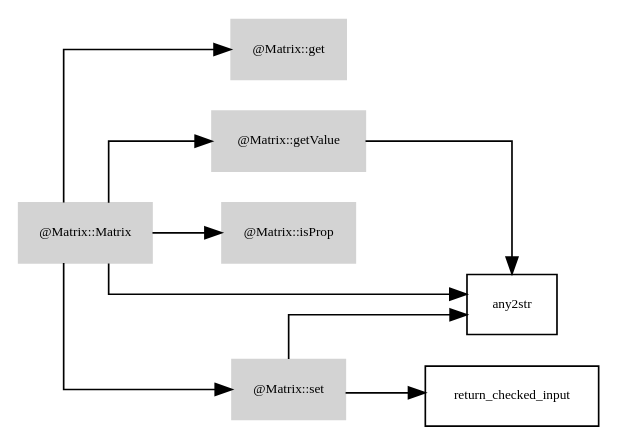
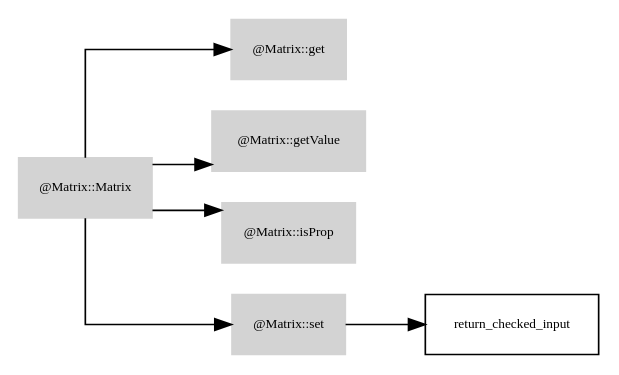
One commit to octarisk/documentation changed the diagram in graphviz_files/Matrix.dot. Above: the diagram before and after it, drawn with Graphviz. The commit also changed 50 other files, not shown here.

Commit message:
* introduction of graphviz files for all classes and class function dependencies

```diff
--- a/graphviz_files/Matrix.dot
+++ b/graphviz_files/Matrix.dot
@@ -1,28 +1,25 @@
 digraph G {
 	fontname = "Bitstream Vera Sans"
 	fontsize = 8
 	node [
 		fontname = "Bitstream Vera Sans"
 		fontsize = 8
 		shape = "record"
 	]
 	edge [
 		fontname = "Bitstream Vera Sans"
 		fontsize = 8
 	]
 	graph [splines=ortho];
 	rankdir=LR;
 	subgraph class_Matrix {
 		style=filled;
 		node [style=filled,color=lightgrey];
 		"@Matrix::Matrix" -> "@Matrix::get"
 		"@Matrix::Matrix" -> "@Matrix::getValue"
 		"@Matrix::Matrix" -> "@Matrix::isProp"
 		"@Matrix::Matrix" -> "@Matrix::set"
 		label = "@Matrix";
 	}
-"@Matrix::Matrix" 	 -> 	 "any2str"
-"@Matrix::getValue" 	 -> 	 "any2str"
-"@Matrix::set" 	 -> 	 "any2str"
 "@Matrix::set" 	 -> 	 "return_checked_input"
 }
```
